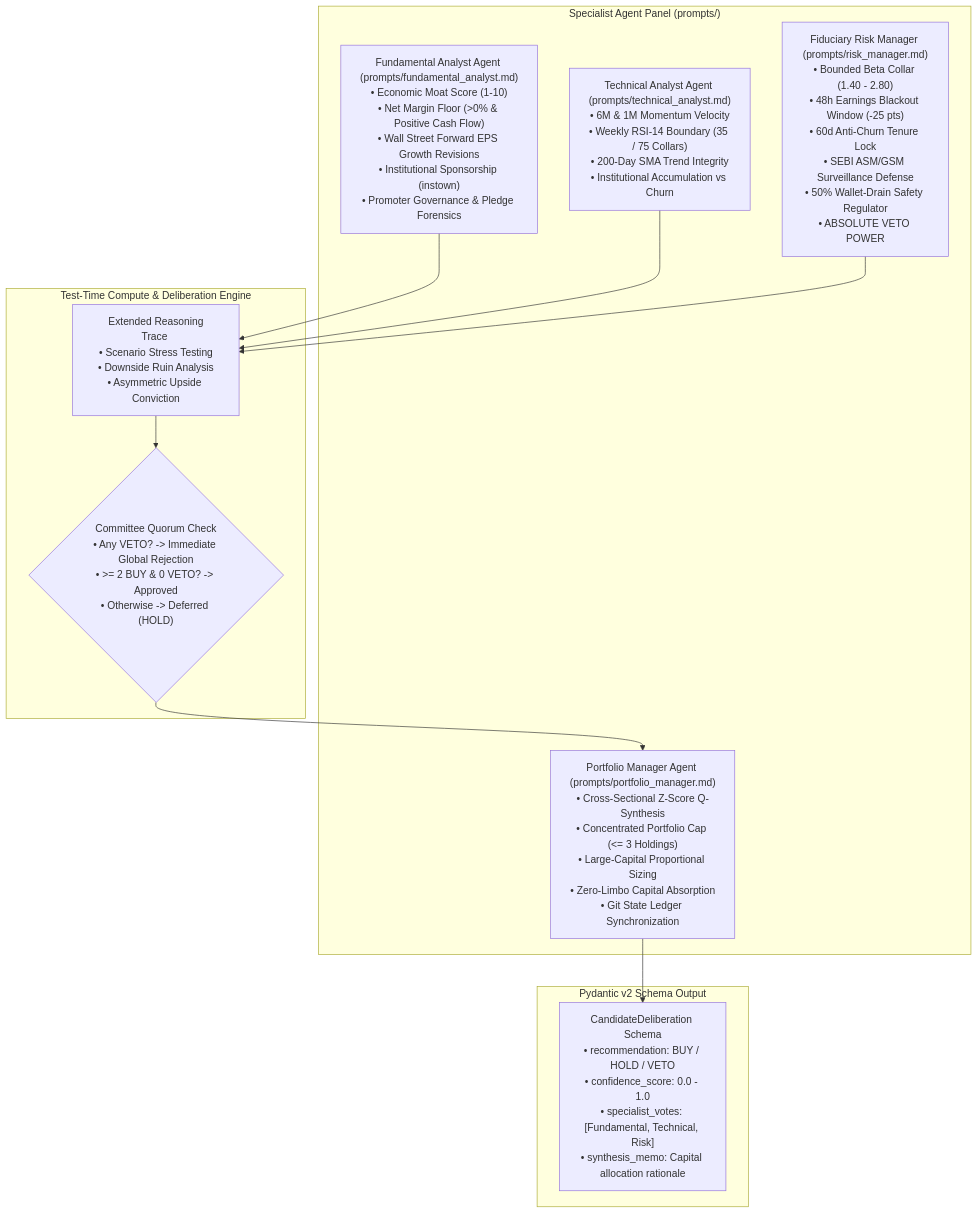
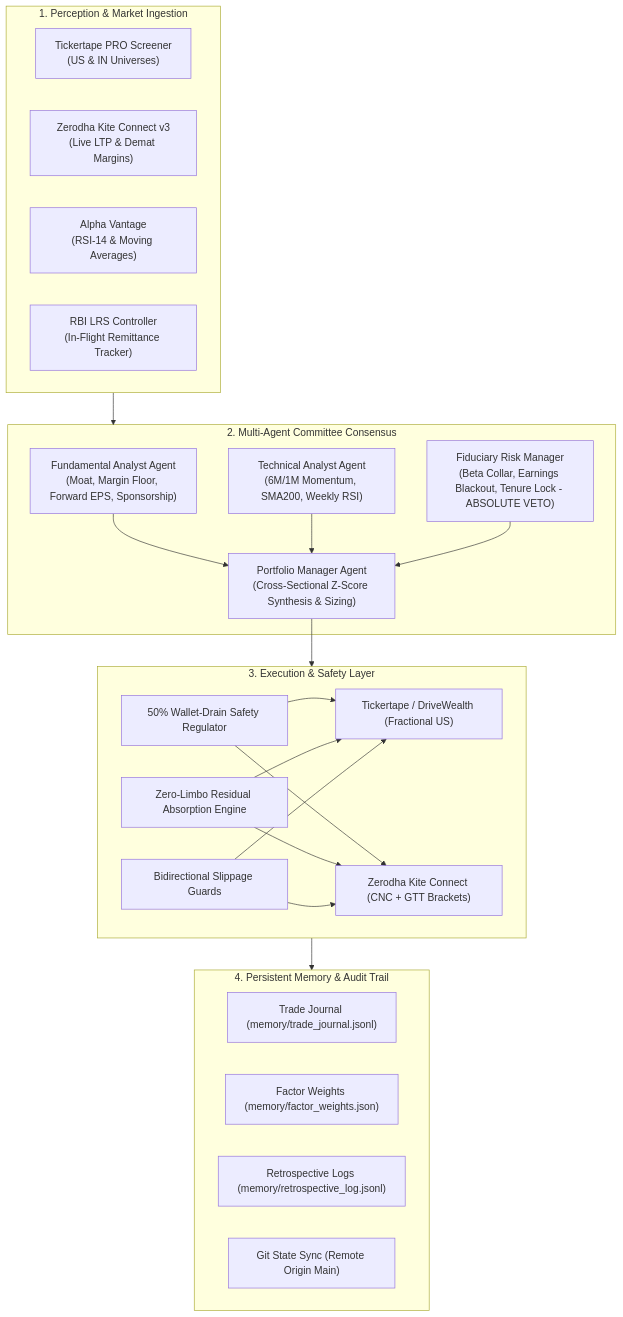
The second of 2 diagrams in README.md (kevinhayesanderson/autonomous-trading-agent), drawn with Mermaid before and after one commit. The commit also changed other lines of this file, not shown here.

Commit message:
docs: streamline README into professional, modern, institutional format

````diff
--- a/README.md
+++ b/README.md
@@ -236,23 +76,37 @@
 ```mermaid
 flowchart TD
-    subgraph SpecialistLayer["Specialist Agent Panel (prompts/)"]
-        FA["Fundamental Analyst Agent (prompts/fundamental_analyst.md)\n• Economic Moat Score (1-10)\n• Net Margin Floor (>0% & Positive Cash Flow)\n• Wall Street Forward EPS Growth Revisions\n• Institutional Sponsorship (instown)\n• Promoter Governance & Pledge Forensics"]
-        TA["Technical Analyst Agent (prompts/technical_analyst.md)\n• 6M & 1M Momentum Velocity\n• Weekly RSI-14 Boundary (35 / 75 Collars)\n• 200-Day SMA Trend Integrity\n• Institutional Accumulation vs Churn"]
-        RM["Fiduciary Risk Manager (prompts/risk_manager.md)\n• Bounded Beta Collar (1.40 - 2.80)\n• 48h Earnings Blackout Window (-25 pts)\n• 60d Anti-Churn Tenure Lock\n• SEBI ASM/GSM Surveillance Defense\n• 50% Wallet-Drain Safety Regulator\n• ABSOLUTE VETO POWER"]
-        PM["Portfolio Manager Agent (prompts/portfolio_manager.md)\n• Cross-Sectional Z-Score Q-Synthesis\n• Concentrated Portfolio Cap (<= 3 Holdings)\n• Large-Capital Proportional Sizing\n• Zero-Limbo Capital Absorption\n• Git State Ledger Synchronization"]
+    subgraph PerceptionLayer["1. Perception & Market Ingestion"]
+        TT["Tickertape PRO Screener\n(US & IN Universes)"]
+        ZT["Zerodha Kite Connect v3\n(Live LTP & Demat Margins)"]
+        AV["Alpha Vantage\n(RSI-14 & Moving Averages)"]
+        LRS["RBI LRS Controller\n(In-Flight Remittance Tracker)"]
     end
 
-    subgraph DeliberationLayer["Test-Time Compute & Deliberation Engine"]
-        COT["<thinking> Extended Reasoning Trace </thinking>\n• Scenario Stress Testing\n• Downside Ruin Analysis\n• Asymmetric Upside Conviction"]
-        QUORUM{"Committee Quorum Check\n• Any VETO? -> Immediate Global Rejection\n• >= 2 BUY & 0 VETO? -> Approved\n• Otherwise -> Deferred (HOLD)"}
+    subgraph ReasoningLayer["2. Multi-Agent Committee Consensus"]
+        FA["Fundamental Analyst Agent\n(Moat, Margin Floor, Forward EPS, Sponsorship)"]
+        TA["Technical Analyst Agent\n(6M/1M Momentum, SMA200, Weekly RSI)"]
+        RM["Fiduciary Risk Manager\n(Beta Collar, Earnings Blackout, Tenure Lock - ABSOLUTE VETO)"]
+        PM["Portfolio Manager Agent\n(Cross-Sectional Z-Score Synthesis & Sizing)"]
     end
 
-    subgraph OutputLayer["Pydantic v2 Schema Output"]
-        RES["CandidateDeliberation Schema\n• recommendation: BUY / HOLD / VETO\n• confidence_score: 0.0 - 1.0\n• specialist_votes: [Fundamental, Technical, Risk]\n• synthesis_memo: Capital allocation rationale"]
+    subgraph ExecutionLayer["3. Execution & Safety Layer"]
+        WD["50% Wallet-Drain Safety Regulator"]
+        ZL["Zero-Limbo Residual Absorption Engine"]
+        SG["Bidirectional Slippage Guards"]
+        EX_US["Tickertape / DriveWealth (Fractional US)"]
+        EX_IN["Zerodha Kite Connect (CNC + GTT Brackets)"]
     end
 
-    FA & TA & RM --> COT
-    COT --> QUORUM
-    QUORUM --> PM
-    PM --> RES
+    subgraph MemoryLayer["4. Persistent Memory & Audit Trail"]
+        TJ["Trade Journal (memory/trade_journal.jsonl)"]
+        FW["Factor Weights (memory/factor_weights.json)"]
+        RL["Retrospective Logs (memory/retrospective_log.jsonl)"]
+        GS["Git State Sync (Remote Origin Main)"]
+    end
+
+    PerceptionLayer --> ReasoningLayer
+    FA & TA & RM --> PM
+    PM --> ExecutionLayer
+    WD & ZL & SG --> EX_US & EX_IN
+    ExecutionLayer --> MemoryLayer
 ```
````
